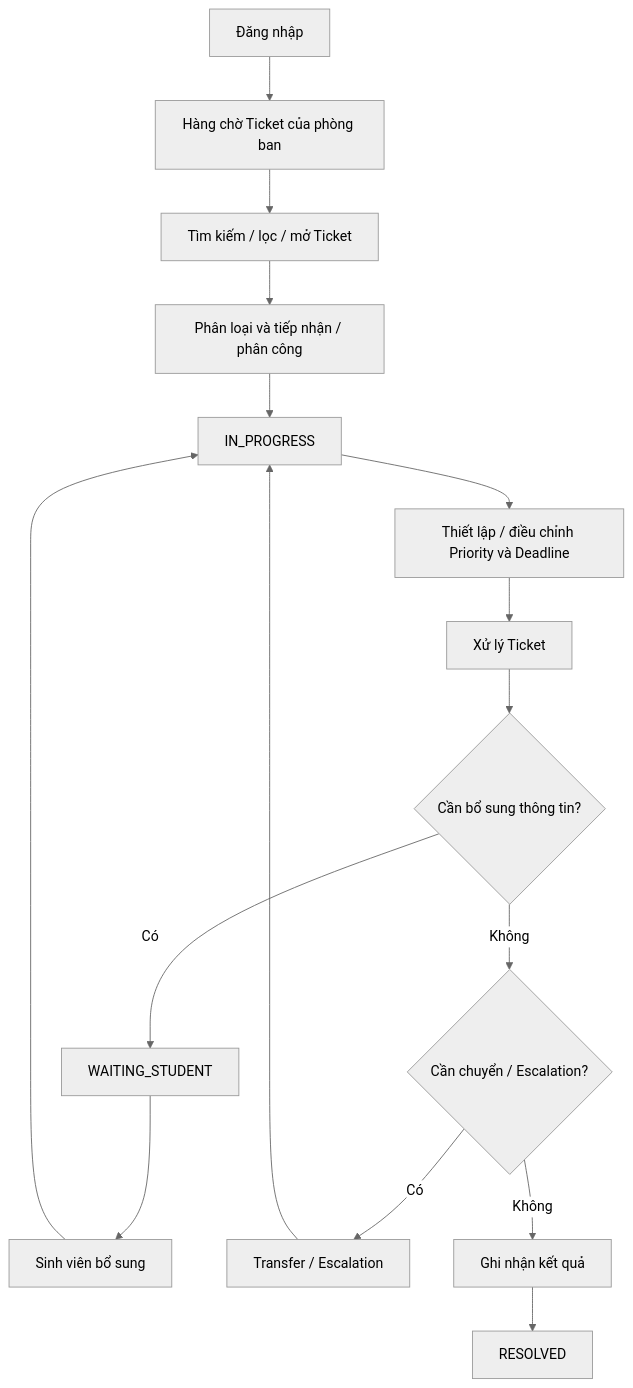
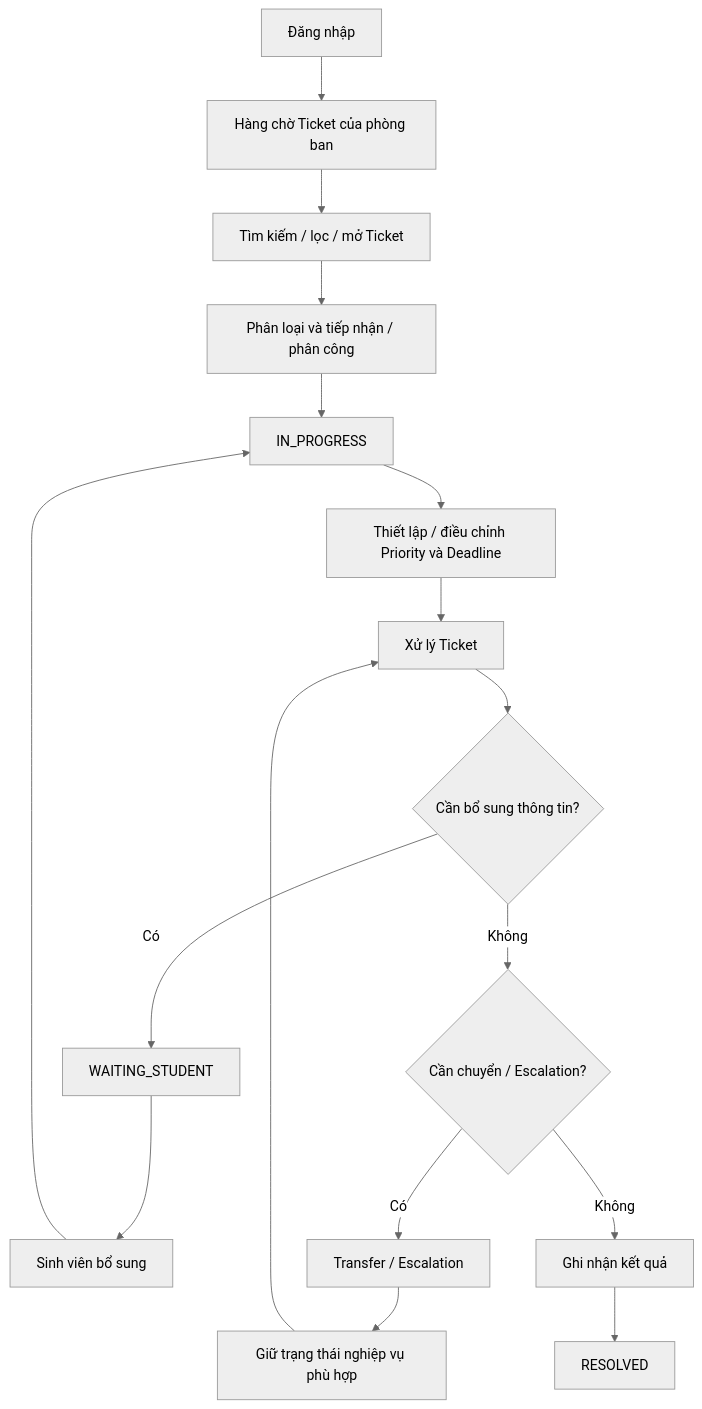
Before and after one commit to trvannhan/unisupport-docs: the diagram in 03-modules/M02-staff-operations/README.md, drawn with Mermaid (neutral theme). The commit also changed other lines of this file, not shown here.

Commit message:
Align M02 overview with finalized staff workflow

````diff
--- a/03-modules/M02-staff-operations/README.md
+++ b/03-modules/M02-staff-operations/README.md
@@ -33,21 +33,22 @@
 ```mermaid
 flowchart TD
     A[Đăng nhập] --> B[Hàng chờ Ticket của phòng ban]
     B --> C[Tìm kiếm / lọc / mở Ticket]
     C --> D[Phân loại và tiếp nhận / phân công]
     D --> E[IN_PROGRESS]
     E --> F[Thiết lập / điều chỉnh Priority và Deadline]
     F --> G[Xử lý Ticket]
 
     G --> H{Cần bổ sung thông tin?}
     H -->|Có| I[WAITING_STUDENT]
     I --> J[Sinh viên bổ sung]
     J --> E
 
     H -->|Không| K{Cần chuyển / Escalation?}
     K -->|Có| L[Transfer / Escalation]
-    L --> E
+    L --> O[Giữ trạng thái nghiệp vụ phù hợp]
+    O --> G
 
     K -->|Không| M[Ghi nhận kết quả]
     M --> N[RESOLVED]
 ```
````
